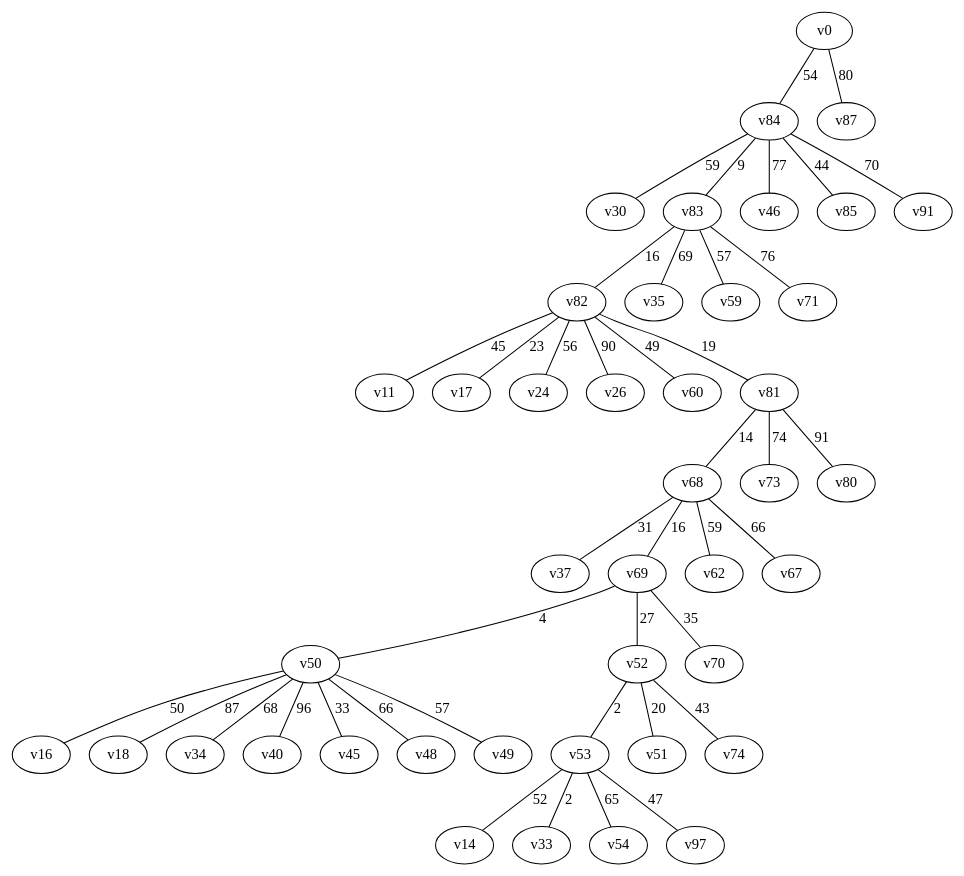
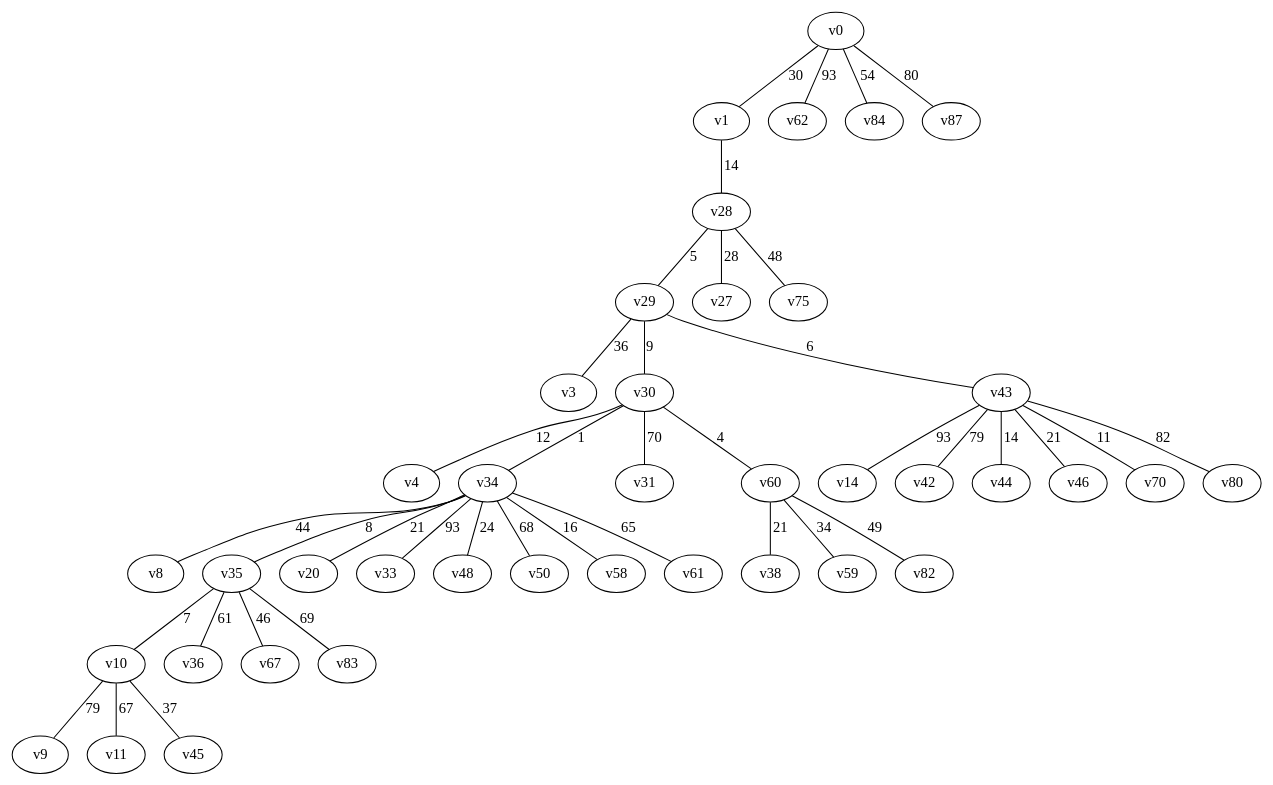
Before and after one commit to japie1235813/Algo_PA3: the diagram in outputs/gn100_mst_p_2.dot, drawn with Graphviz. The commit also changed 12 other files, not shown here.

```diff
--- a/outputs/gn100_mst_p_2.dot
+++ b/outputs/gn100_mst_p_2.dot
@@ -1,43 +1,41 @@
 graph gn100_mst_p {
-v82 -- v11 [label = "45"];
-v53 -- v14 [label = "52"];
-v50 -- v16 [label = "50"];
-v82 -- v17 [label = "23"];
-v50 -- v18 [label = "87"];
-v82 -- v24 [label = "56"];
-v82 -- v26 [label = "90"];
-v84 -- v30 [label = "59"];
-v53 -- v33 [label = "2"];
-v50 -- v34 [label = "68"];
-v83 -- v35 [label = "69"];
-v68 -- v37 [label = "31"];
-v50 -- v40 [label = "96"];
-v50 -- v45 [label = "33"];
-v84 -- v46 [label = "77"];
-v50 -- v48 [label = "66"];
-v50 -- v49 [label = "57"];
-v69 -- v50 [label = "4"];
-v52 -- v51 [label = "20"];
-v69 -- v52 [label = "27"];
-v52 -- v53 [label = "2"];
-v53 -- v54 [label = "65"];
-v83 -- v59 [label = "57"];
-v82 -- v60 [label = "49"];
-v68 -- v62 [label = "59"];
-v68 -- v67 [label = "66"];
-v81 -- v68 [label = "14"];
-v68 -- v69 [label = "16"];
-v69 -- v70 [label = "35"];
-v83 -- v71 [label = "76"];
-v81 -- v73 [label = "74"];
-v52 -- v74 [label = "43"];
-v81 -- v80 [label = "91"];
-v82 -- v81 [label = "19"];
-v83 -- v82 [label = "16"];
-v84 -- v83 [label = "9"];
+v0 -- v1 [label = "30"];
+v29 -- v3 [label = "36"];
+v30 -- v4 [label = "12"];
+v34 -- v8 [label = "44"];
+v10 -- v9 [label = "79"];
+v35 -- v10 [label = "7"];
+v10 -- v11 [label = "67"];
+v43 -- v14 [label = "93"];
+v34 -- v20 [label = "21"];
+v28 -- v27 [label = "28"];
+v1 -- v28 [label = "14"];
+v28 -- v29 [label = "5"];
+v29 -- v30 [label = "9"];
+v30 -- v31 [label = "70"];
+v34 -- v33 [label = "93"];
+v30 -- v34 [label = "1"];
+v34 -- v35 [label = "8"];
+v35 -- v36 [label = "61"];
+v60 -- v38 [label = "21"];
+v43 -- v42 [label = "79"];
+v29 -- v43 [label = "6"];
+v43 -- v44 [label = "14"];
+v10 -- v45 [label = "37"];
+v43 -- v46 [label = "21"];
+v34 -- v48 [label = "24"];
+v34 -- v50 [label = "68"];
+v34 -- v58 [label = "16"];
+v60 -- v59 [label = "34"];
+v30 -- v60 [label = "4"];
+v34 -- v61 [label = "65"];
+v0 -- v62 [label = "93"];
+v35 -- v67 [label = "46"];
+v43 -- v70 [label = "11"];
+v28 -- v75 [label = "48"];
+v43 -- v80 [label = "82"];
+v60 -- v82 [label = "49"];
+v35 -- v83 [label = "69"];
 v0 -- v84 [label = "54"];
-v84 -- v85 [label = "44"];
 v0 -- v87 [label = "80"];
-v84 -- v91 [label = "70"];
-v53 -- v97 [label = "47"];
 }
```
